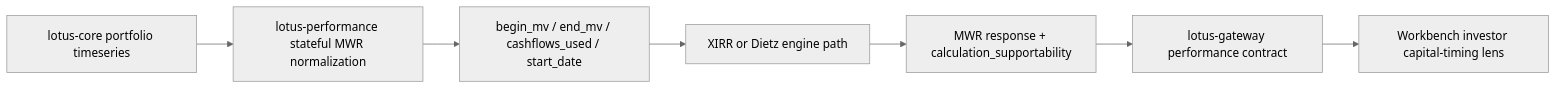
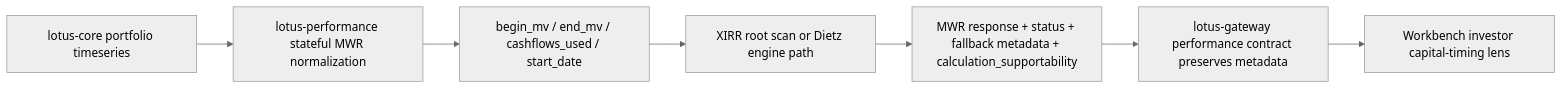
The first of 3 diagrams in wiki/Integrations.md (sgajbi/lotus-performance), drawn with Mermaid (neutral theme) before and after one commit. The commit also changed other lines of this file and 11 other files, not shown here.

Commit message:
Document governed MWR calculation contract

````diff
--- a/wiki/Integrations.md
+++ b/wiki/Integrations.md
@@ -48,9 +51,9 @@
 ```mermaid
 flowchart LR
     A[lotus-core portfolio timeseries] --> B[lotus-performance stateful MWR normalization]
     B --> C[begin_mv / end_mv / cashflows_used / start_date]
-    C --> D[XIRR or Dietz engine path]
-    D --> E[MWR response + calculation_supportability]
-    E --> F[lotus-gateway performance contract]
+    C --> D[XIRR root scan or Dietz engine path]
+    D --> E[MWR response + status + fallback metadata + calculation_supportability]
+    E --> F[lotus-gateway performance contract preserves metadata]
     F --> G[Workbench investor capital-timing lens]
 ```
````
